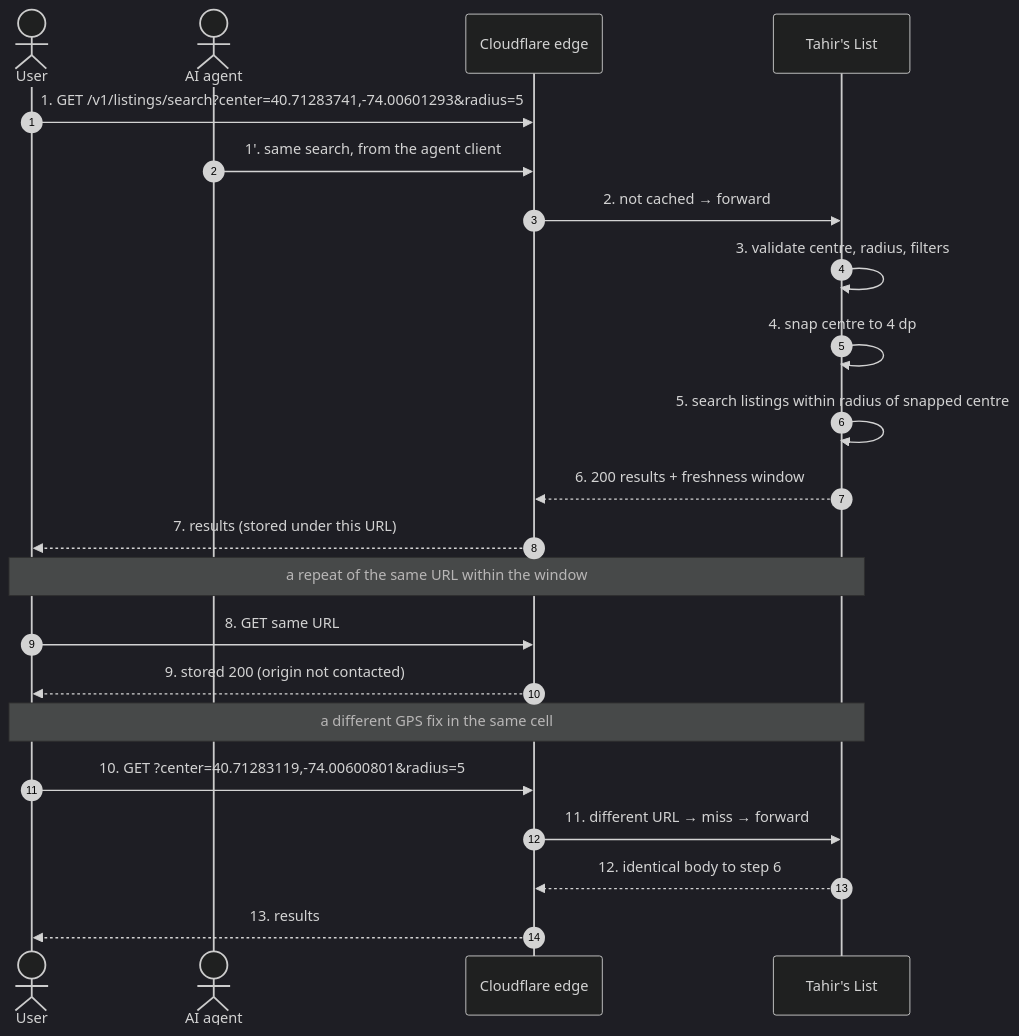
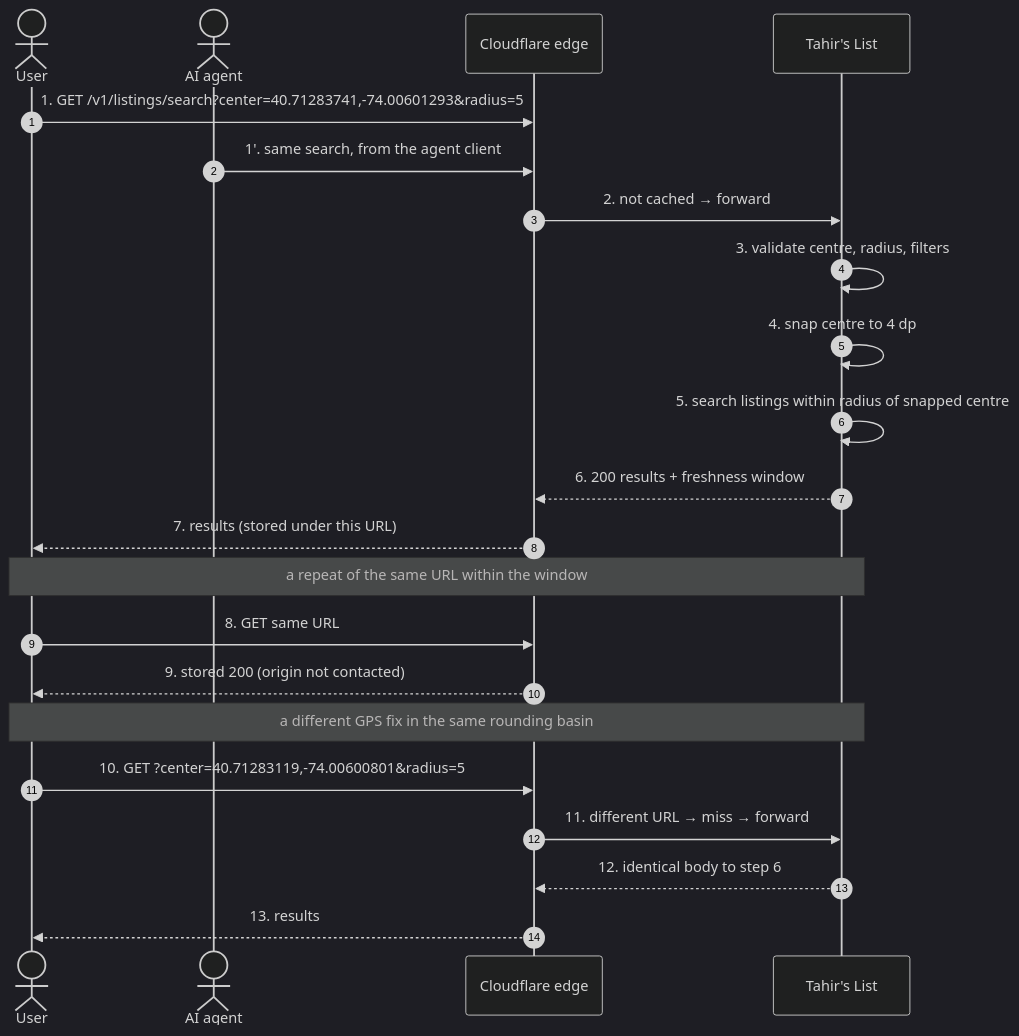
Before and after one commit to Losers-Lab/tahirs-list: the first of 2 diagrams in docs/features/SC-199/04-blackbox/UC-01.md, drawn with Mermaid (dark theme). The commit also changed other lines of this file and 12 other files, not shown here.

````diff
--- a/docs/features/SC-199/04-blackbox/UC-01.md
+++ b/docs/features/SC-199/04-blackbox/UC-01.md
@@ -5,27 +5,27 @@
 ```mermaid
 sequenceDiagram
   autonumber
   actor U as User
   actor ET as AI agent
   participant CDN as Cloudflare edge
   participant TL as Tahir's List
 
   U->>CDN: 1. GET /v1/listings/search?center=40.71283741,-74.00601293&radius=5
   ET->>CDN: 1'. same search, from the agent client
   CDN->>TL: 2. not cached → forward
   TL->>TL: 3. validate centre, radius, filters
   TL->>TL: 4. snap centre to 4 dp
   TL->>TL: 5. search listings within radius of snapped centre
   TL-->>CDN: 6. 200 results + freshness window
   CDN-->>U: 7. results (stored under this URL)
 
   Note over U,TL: a repeat of the same URL within the window
   U->>CDN: 8. GET same URL
   CDN-->>U: 9. stored 200 (origin not contacted)
 
-  Note over U,TL: a different GPS fix in the same cell
+  Note over U,TL: a different GPS fix in the same rounding basin
   U->>CDN: 10. GET ?center=40.71283119,-74.00600801&radius=5
   CDN->>TL: 11. different URL → miss → forward
   TL-->>CDN: 12. identical body to step 6
   CDN-->>U: 13. results
 ```
````
